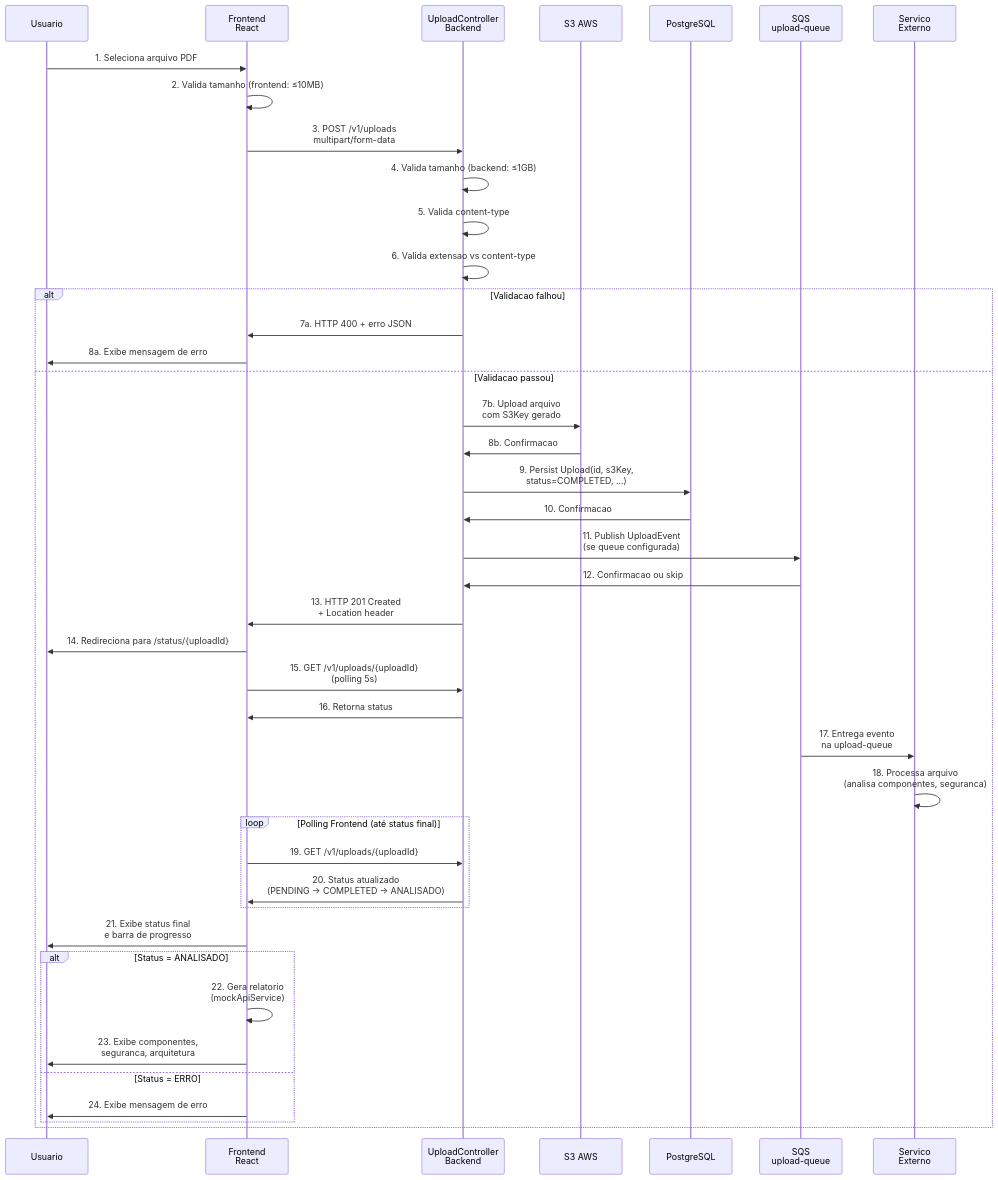
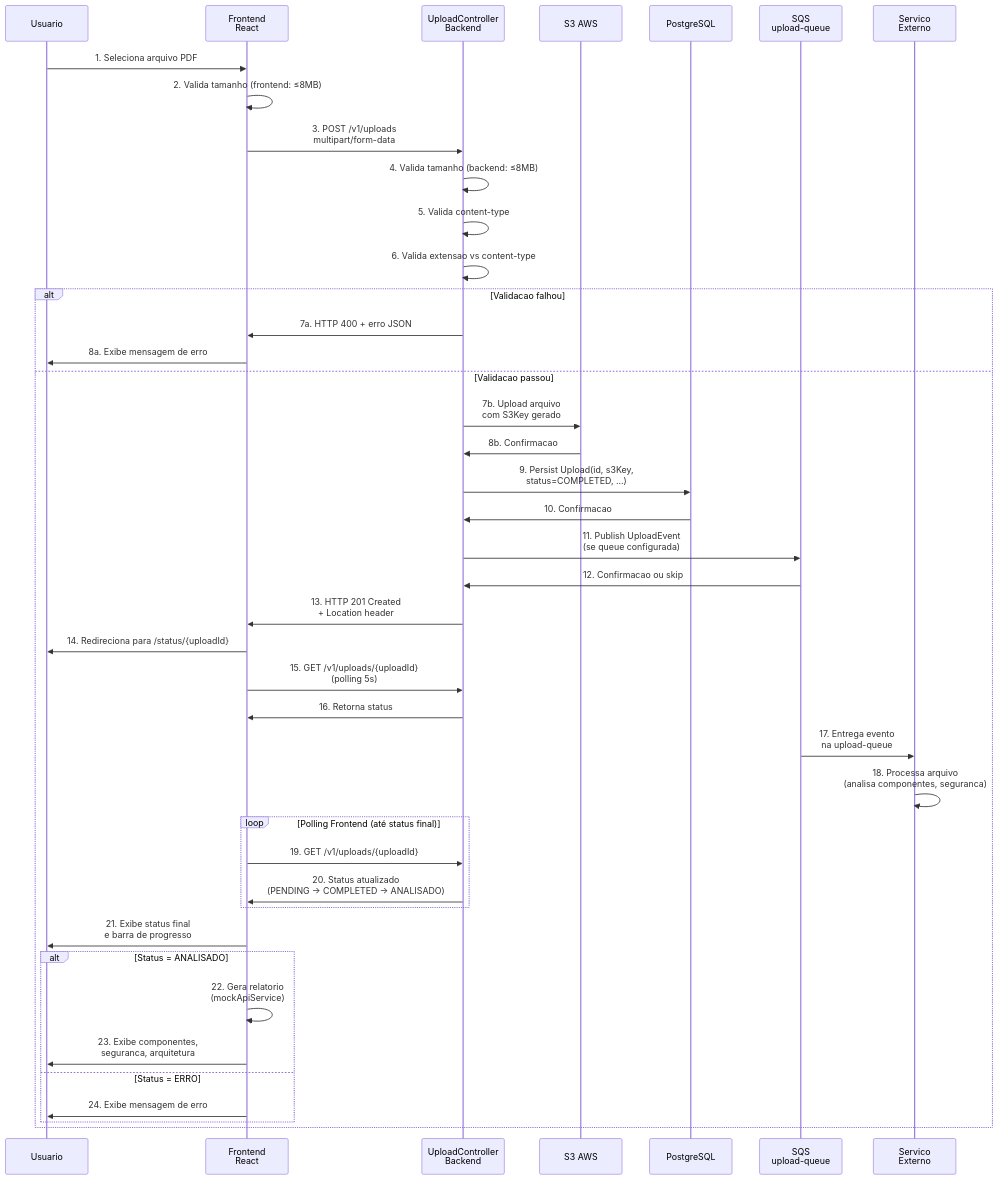
One commit to architecture-ai-analyzer/upload-service changed the third of 3 diagrams in docs/BDD-FLOW.md. Above: the diagram before and after it, drawn with Mermaid. The commit also changed other lines of this file and 12 other files, not shown here.

````diff
--- a/docs/BDD-FLOW.md
+++ b/docs/BDD-FLOW.md
@@ -380,56 +380,56 @@
 ```mermaid
 sequenceDiagram
     participant User as Usuario
     participant FE as Frontend<br/>React
     participant API as UploadController<br/>Backend
     participant S3 as S3 AWS
     participant DB as PostgreSQL
     participant SQS as SQS<br/>upload-queue
     participant EXT as Servico<br/>Externo
 
     User->>FE: 1. Seleciona arquivo PDF
-    FE->>FE: 2. Valida tamanho (frontend: ≤10MB)
+    FE->>FE: 2. Valida tamanho (frontend: ≤8MB)
 
     FE->>API: 3. POST /v1/uploads<br/>multipart/form-data
 
-    API->>API: 4. Valida tamanho (backend: ≤1GB)
+    API->>API: 4. Valida tamanho (backend: ≤8MB)
     API->>API: 5. Valida content-type
     API->>API: 6. Valida extensao vs content-type
 
     alt Validacao falhou
         API->>FE: 7a. HTTP 400 + erro JSON
         FE->>User: 8a. Exibe mensagem de erro
     else Validacao passou
         API->>S3: 7b. Upload arquivo<br/>com S3Key gerado
         S3->>API: 8b. Confirmacao
 
         API->>DB: 9. Persist Upload(id, s3Key,<br/>status=COMPLETED, ...)
         DB->>API: 10. Confirmacao
 
         API->>SQS: 11. Publish UploadEvent<br/>(se queue configurada)
         SQS->>API: 12. Confirmacao ou skip
 
         API->>FE: 13. HTTP 201 Created<br/>+ Location header
         FE->>User: 14. Redireciona para /status/{uploadId}
 
         FE->>API: 15. GET /v1/uploads/{uploadId}<br/>(polling 5s)
         API->>FE: 16. Retorna status
 
         SQS->>EXT: 17. Entrega evento<br/>na upload-queue
         EXT->>EXT: 18. Processa arquivo<br/>(analisa componentes, seguranca)
 
         loop Polling Frontend (até status final)
             FE->>API: 19. GET /v1/uploads/{uploadId}
             API->>FE: 20. Status atualizado<br/>(PENDING → COMPLETED → ANALISADO)
         end
 
         FE->>User: 21. Exibe status final<br/>e barra de progresso
 
         alt Status = ANALISADO
             FE->>FE: 22. Gera relatorio<br/>(mockApiService)
             FE->>User: 23. Exibe componentes,<br/>seguranca, arquitetura
         else Status = ERRO
             FE->>User: 24. Exibe mensagem de erro
         end
     end
 ```
````
